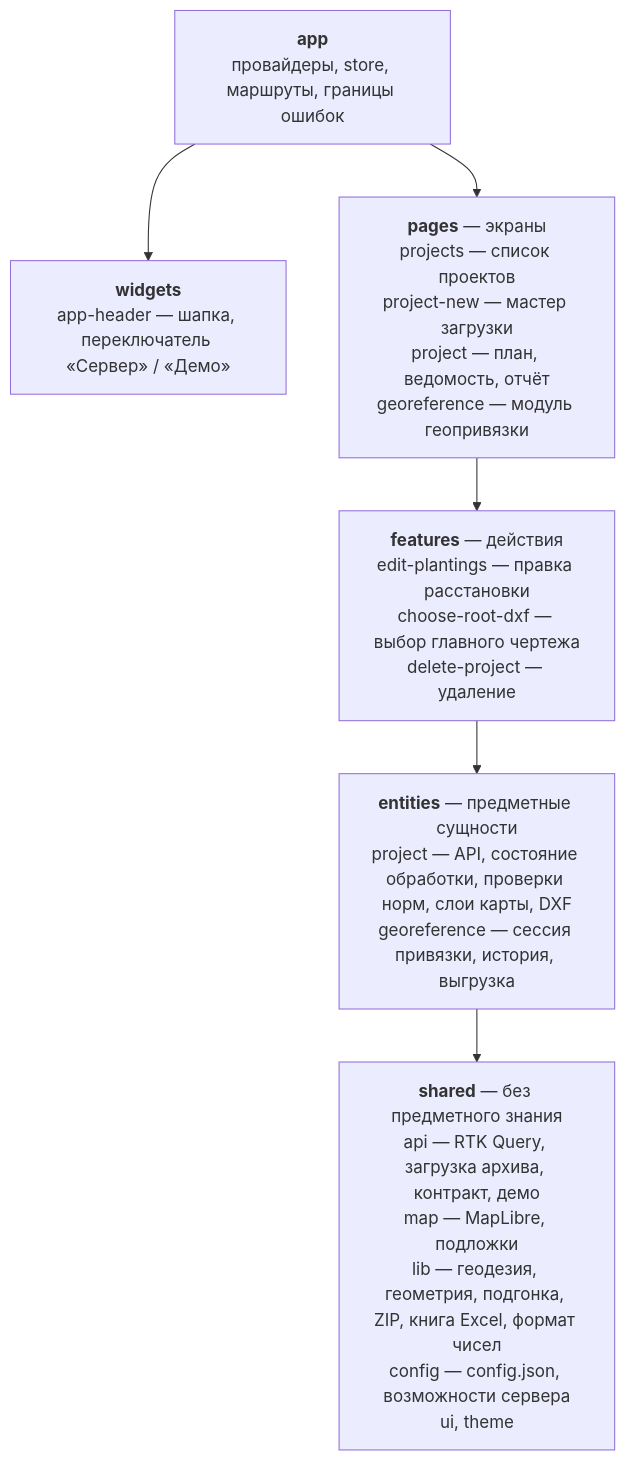
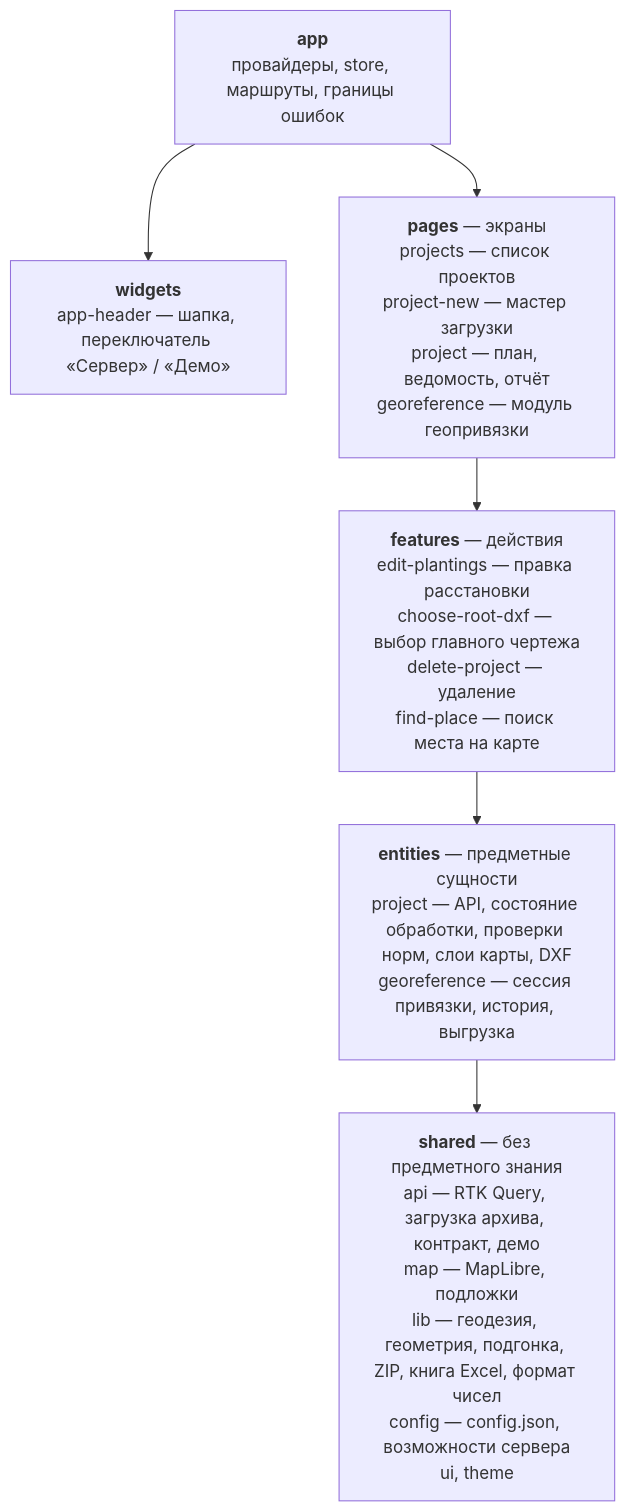
One commit to greenleadersteam/frontend changed the first of 3 diagrams in docs/architecture.md. Above: the diagram before and after it, drawn with Mermaid. The commit also changed other lines of this file and 17 other files, not shown here.

First line of the commit message:
feat(find-place): добавлен поиск места по координатам и адресу

````diff
--- a/docs/architecture.md
+++ b/docs/architecture.md
@@ -7,14 +7,14 @@
 ```mermaid
 flowchart TB
   app["<b>app</b><br/>провайдеры, store, маршруты, границы ошибок"]
   widgets["<b>widgets</b><br/>app-header — шапка, переключатель «Сервер» / «Демо»"]
   pages["<b>pages</b> — экраны<br/>projects — список проектов<br/>project-new — мастер загрузки<br/>project — план, ведомость, отчёт<br/>georeference — модуль геопривязки"]
-  features["<b>features</b> — действия<br/>edit-plantings — правка расстановки<br/>choose-root-dxf — выбор главного чертежа<br/>delete-project — удаление"]
+  features["<b>features</b> — действия<br/>edit-plantings — правка расстановки<br/>choose-root-dxf — выбор главного чертежа<br/>delete-project — удаление<br/>find-place — поиск места на карте"]
   entities["<b>entities</b> — предметные сущности<br/>project — API, состояние обработки, проверки норм, слои карты, DXF<br/>georeference — сессия привязки, история, выгрузка"]
   shared["<b>shared</b> — без предметного знания<br/>api — RTK Query, загрузка архива, контракт, демо<br/>map — MapLibre, подложки<br/>lib — геодезия, геометрия, подгонка, ZIP, книга Excel, формат чисел<br/>config — config.json, возможности сервера<br/>ui, theme"]
   app --> widgets
   app --> pages
   pages --> features
   features --> entities
   entities --> shared
 ```
````
